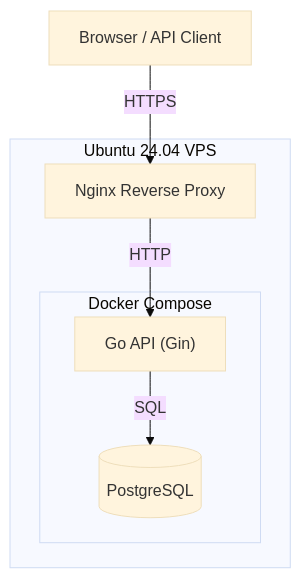
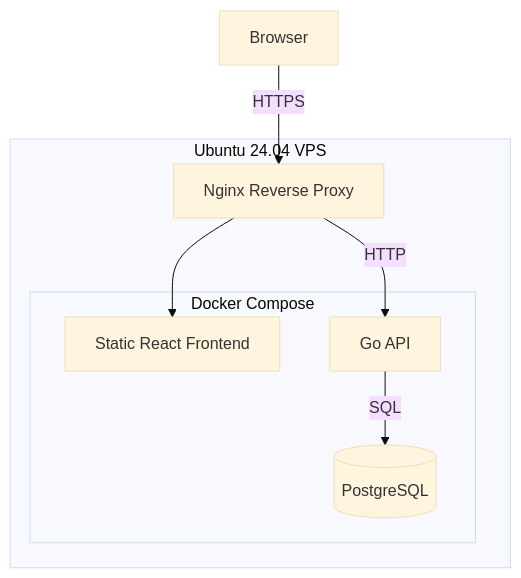
Before and after one commit to thetramp22/rifflog: the second of 2 diagrams in README.md, drawn with Mermaid (base theme). The commit also changed other lines of this file and 1 other file, not shown here.

Commit message:
Update README.md and docs/api.md

````diff
--- a/README.md
+++ b/README.md
@@ -130,25 +112,19 @@
 ```mermaid
 flowchart TD
+    Browser["Browser"]
 
-Client["Browser / API Client"]
+    subgraph VPS["Ubuntu 24.04 VPS"]
+        Nginx["Nginx Reverse Proxy"]
 
-subgraph VPS["Ubuntu 24.04 VPS"]
-
-    Nginx["Nginx Reverse Proxy"]
-
-    subgraph Compose["Docker Compose"]
-
-        API["Go API (Gin)"]
-
-        DB[("PostgreSQL")]
-
+        subgraph Docker["Docker Compose"]
+            Frontend["Static React Frontend"]
+            API["Go API"]
+            DB[("PostgreSQL")]
+        end
     end
 
-end
-
-Client -->|"HTTPS"| Nginx
-
-Nginx -->|"HTTP"| API
-
-API --> |SQL| DB
+    Browser -->|"HTTPS"| Nginx
+    Nginx --> Frontend
+    Nginx -->|"HTTP"| API
+    API -->|"SQL"| DB
 ```
````
